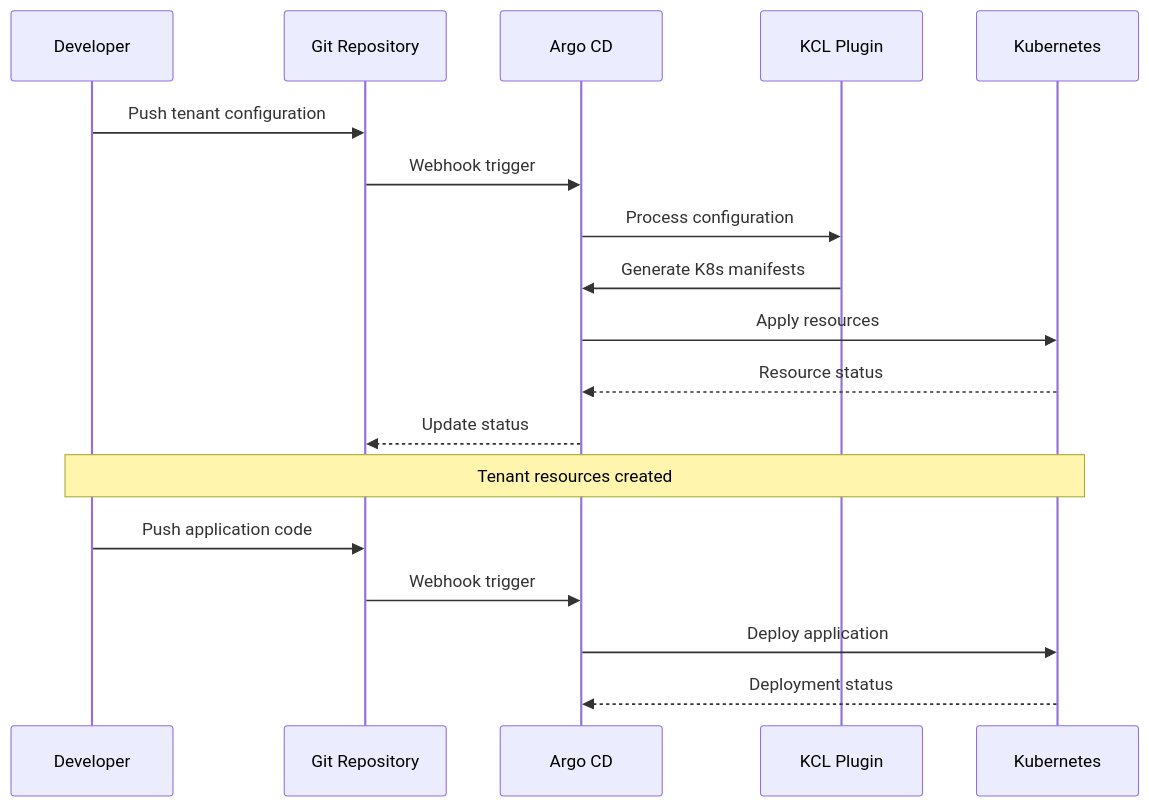
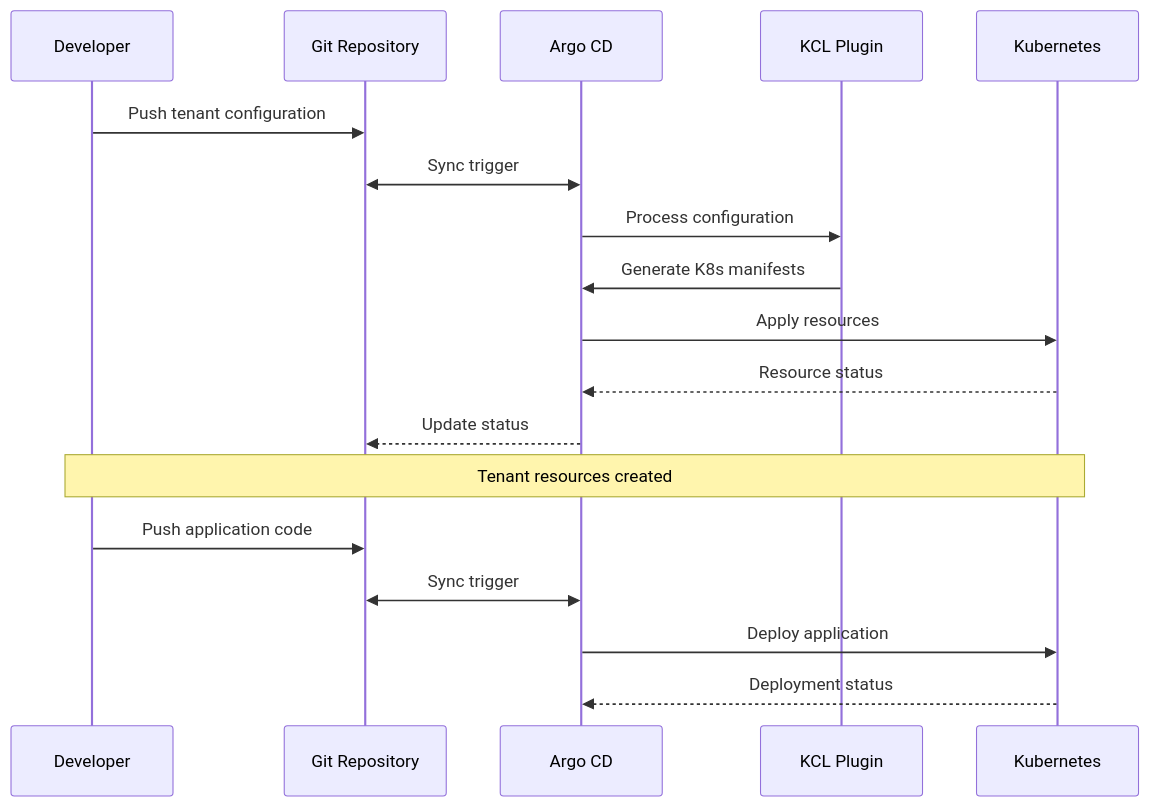
Before and after one commit to aws-samples/amazon-eks-tenant-manager: the second of 2 diagrams in README.md, drawn with Mermaid. The commit also changed other lines of this file, not shown here.

````diff
--- a/README.md
+++ b/README.md
@@ -129,23 +129,23 @@
 ```mermaid
 sequenceDiagram
     participant Dev as Developer
     participant Git as Git Repository
     participant Argo as Argo CD
     participant KCL as KCL Plugin
     participant K8s as Kubernetes
 
     Dev->>Git: Push tenant configuration
-    Git->>Argo: Webhook trigger
+    Git<<->>Argo: Sync trigger
     Argo->>KCL: Process configuration
     KCL->>Argo: Generate K8s manifests
     Argo->>K8s: Apply resources
     K8s-->>Argo: Resource status
     Argo-->>Git: Update status
     
     Note over Dev,K8s: Tenant resources created
     
     Dev->>Git: Push application code
-    Git->>Argo: Webhook trigger
+    Git<<->>Argo: Sync trigger
     Argo->>K8s: Deploy application
     K8s-->>Argo: Deployment status
 ```
````
